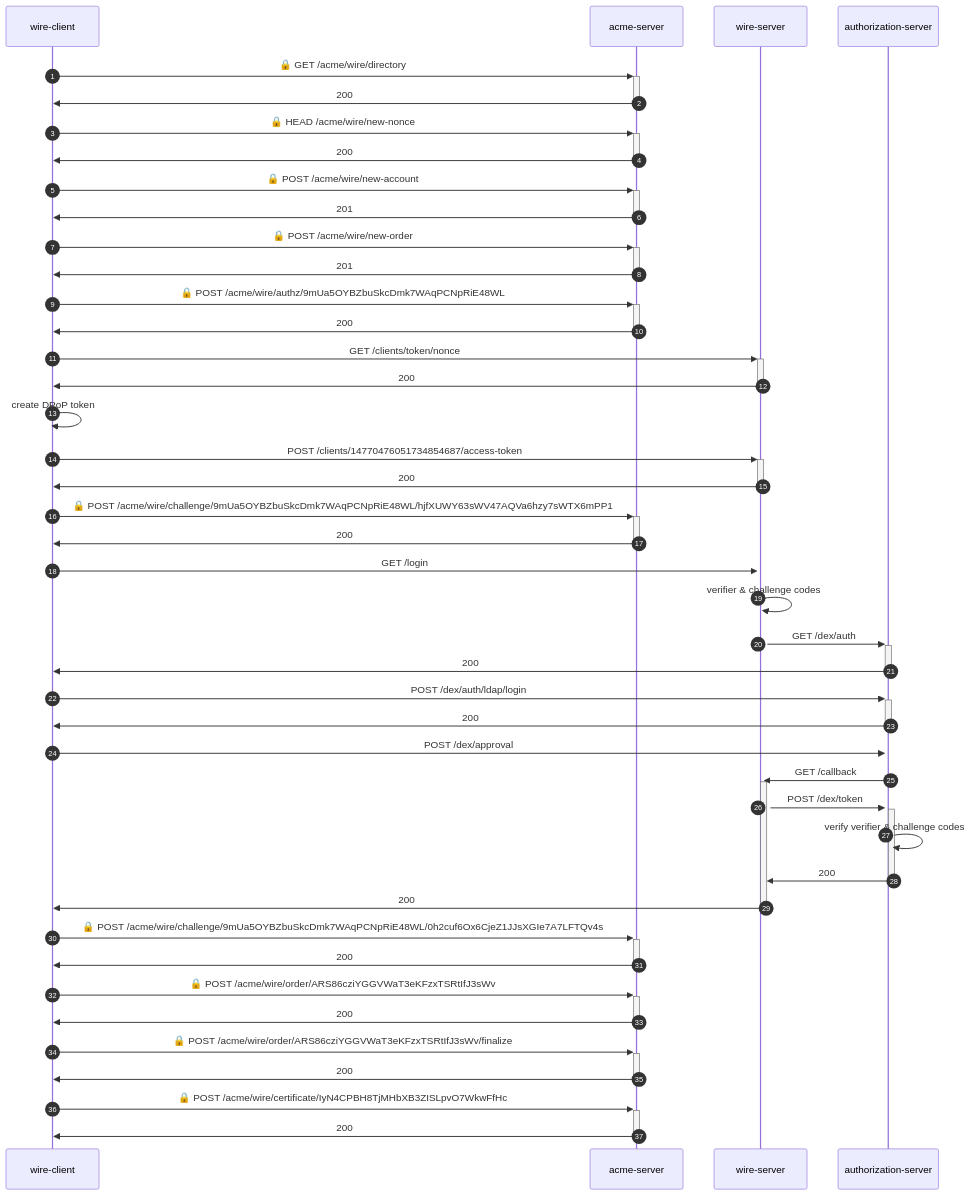
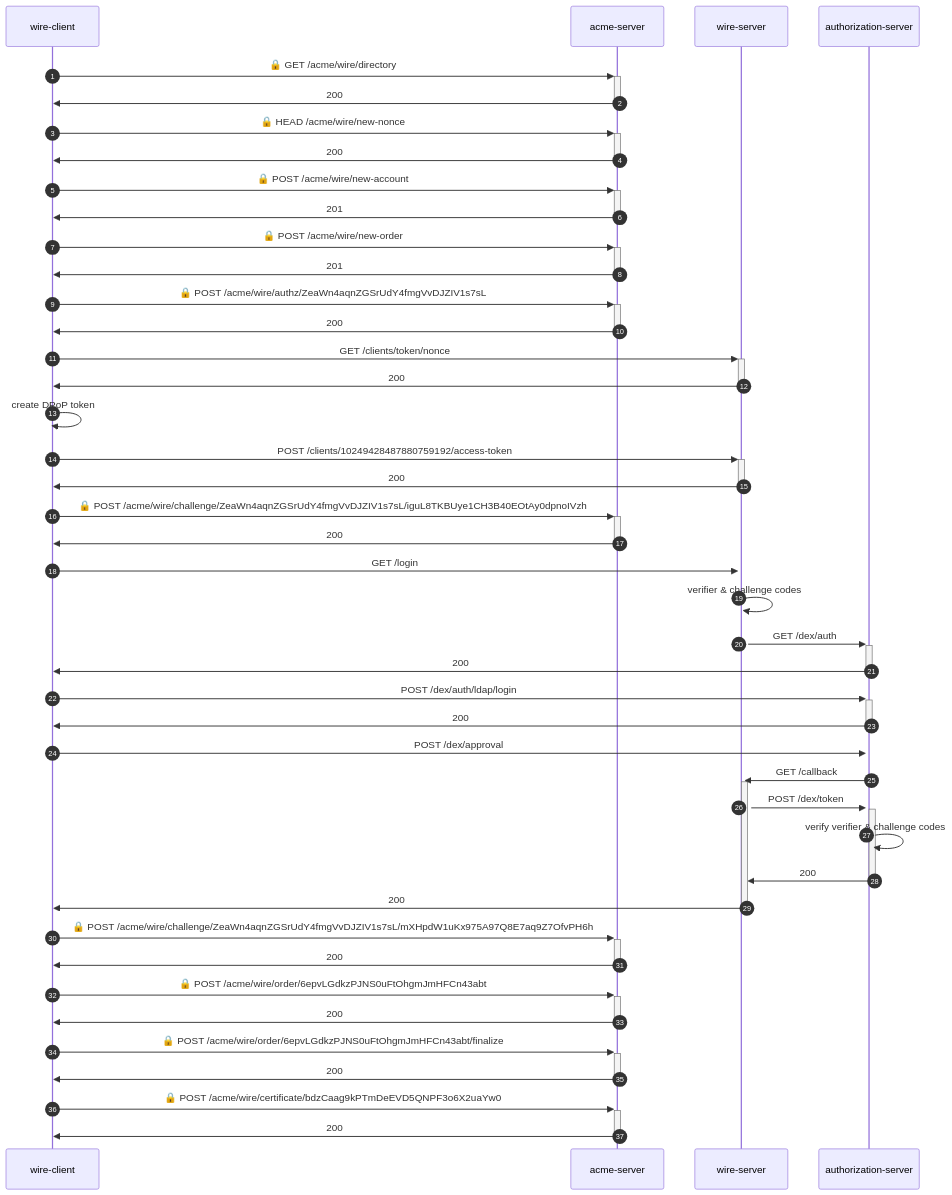
One commit to wireapp/rusty-jwt-tools changed the diagram in e2e-identity/README.md. Above: the diagram before and after it, drawn with Mermaid. The commit also changed other lines of this file and 9 other files, not shown here.

````diff
--- a/e2e-identity/README.md
+++ b/e2e-identity/README.md
@@ -3,41 +3,41 @@
 ```mermaid
 sequenceDiagram
     autonumber
     wire-client->>+acme-server: 🔒 GET /acme/wire/directory
     acme-server->>-wire-client: 200
     wire-client->>+acme-server: 🔒 HEAD /acme/wire/new-nonce
     acme-server->>-wire-client: 200
     wire-client->>+acme-server: 🔒 POST /acme/wire/new-account
     acme-server->>-wire-client: 201
     wire-client->>+acme-server: 🔒 POST /acme/wire/new-order
     acme-server->>-wire-client: 201
-    wire-client->>+acme-server: 🔒 POST /acme/wire/authz/9mUa5OYBZbuSkcDmk7WAqPCNpRiE48WL
+    wire-client->>+acme-server: 🔒 POST /acme/wire/authz/ZeaWn4aqnZGSrUdY4fmgVvDJZIV1s7sL
     acme-server->>-wire-client: 200
     wire-client->>+wire-server:  GET /clients/token/nonce
     wire-server->>-wire-client: 200
     wire-client->>wire-client: create DPoP token
-    wire-client->>+wire-server:  POST /clients/14770476051734854687/access-token
+    wire-client->>+wire-server:  POST /clients/10249428487880759192/access-token
     wire-server->>-wire-client: 200
-    wire-client->>+acme-server: 🔒 POST /acme/wire/challenge/9mUa5OYBZbuSkcDmk7WAqPCNpRiE48WL/hjfXUWY63sWV47AQVa6hzy7sWTX6mPP1
+    wire-client->>+acme-server: 🔒 POST /acme/wire/challenge/ZeaWn4aqnZGSrUdY4fmgVvDJZIV1s7sL/iguL8TKBUye1CH3B40EOtAy0dpnoIVzh
     acme-server->>-wire-client: 200
     wire-client->>+wire-server:  GET /login
     wire-server->>wire-server: verifier & challenge codes
     wire-server->>+authorization-server:  GET /dex/auth
     authorization-server->>-wire-client: 200
     wire-client->>+authorization-server:  POST /dex/auth/ldap/login
     authorization-server->>-wire-client: 200
     wire-client->>+authorization-server:  POST /dex/approval
     authorization-server->>+wire-server:  GET /callback
     wire-server->>+authorization-server:  POST /dex/token
     authorization-server->>authorization-server: verify verifier & challenge codes
     authorization-server->>-wire-server: 200
     wire-server->>-wire-client: 200
-    wire-client->>+acme-server: 🔒 POST /acme/wire/challenge/9mUa5OYBZbuSkcDmk7WAqPCNpRiE48WL/0h2cuf6Ox6CjeZ1JJsXGIe7A7LFTQv4s
+    wire-client->>+acme-server: 🔒 POST /acme/wire/challenge/ZeaWn4aqnZGSrUdY4fmgVvDJZIV1s7sL/mXHpdW1uKx975A97Q8E7aq9Z7OfvPH6h
     acme-server->>-wire-client: 200
-    wire-client->>+acme-server: 🔒 POST /acme/wire/order/ARS86cziYGGVWaT3eKFzxTSRtIfJ3sWv
+    wire-client->>+acme-server: 🔒 POST /acme/wire/order/6epvLGdkzPJNS0uFtOhgmJmHFCn43abt
     acme-server->>-wire-client: 200
-    wire-client->>+acme-server: 🔒 POST /acme/wire/order/ARS86cziYGGVWaT3eKFzxTSRtIfJ3sWv/finalize
+    wire-client->>+acme-server: 🔒 POST /acme/wire/order/6epvLGdkzPJNS0uFtOhgmJmHFCn43abt/finalize
     acme-server->>-wire-client: 200
-    wire-client->>+acme-server: 🔒 POST /acme/wire/certificate/IyN4CPBH8TjMHbXB3ZISLpvO7WkwFfHc
+    wire-client->>+acme-server: 🔒 POST /acme/wire/certificate/bdzCaag9kPTmDeEVD5QNPF3o6X2uaYw0
     acme-server->>-wire-client: 200
 ```
````
